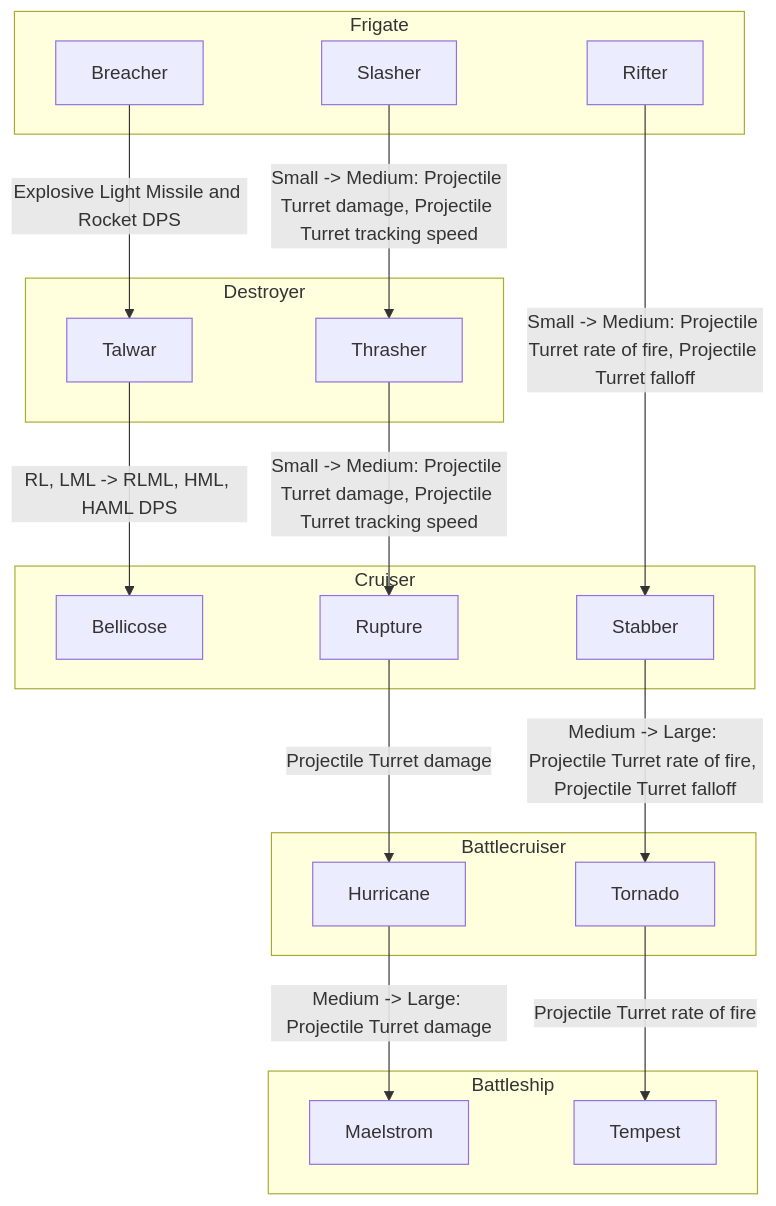
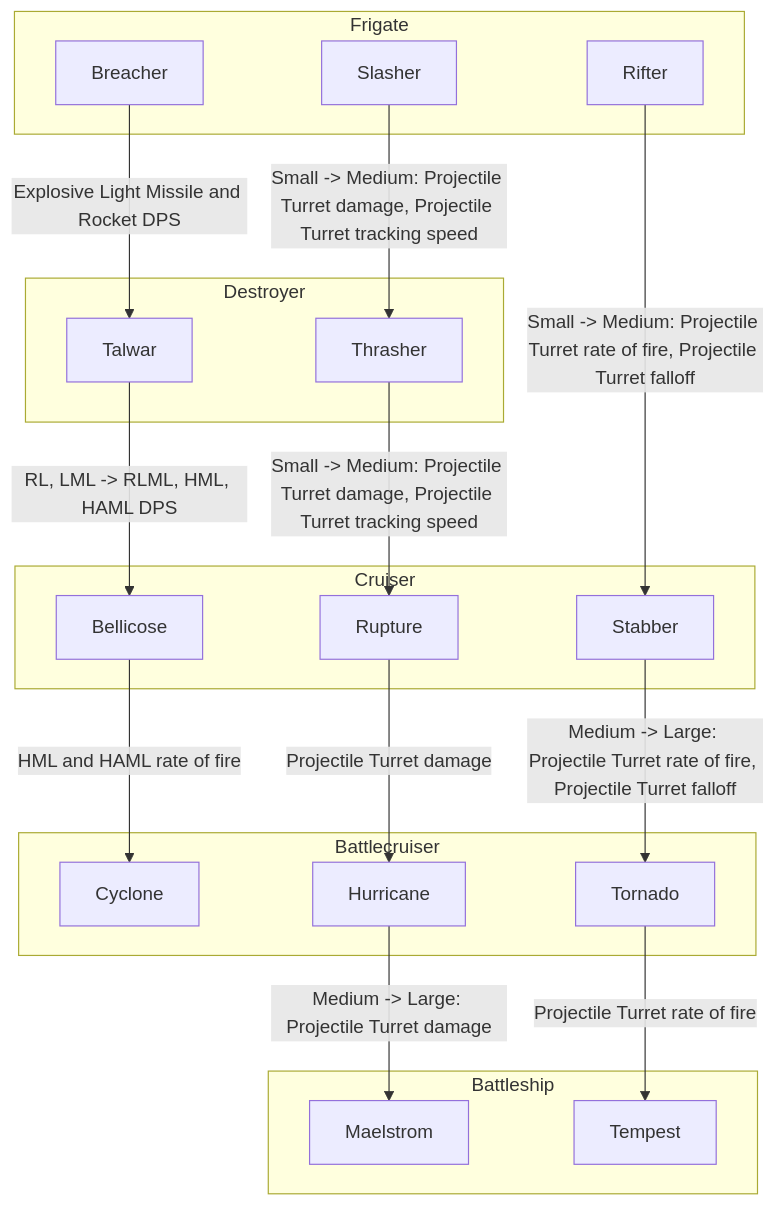
The diagram in README.md (Skybladev2/EveShipsProgression), drawn with Mermaid before and after one commit.

Commit message:
Add Cyclone

````diff
--- a/README.md
+++ b/README.md
@@ -5,38 +5,40 @@
 ```mermaid
 flowchart
 	
 	
 	
 	subgraph s1["Frigate"]
 		n10["Breacher"]
 		n5["Slasher"]
 		n1["Rifter"]
 	end
 	n1
 	subgraph s2["Cruiser"]
 		n12["Bellicose"]
 		n7["Rupture"]
 		n2["Stabber"]
 	end
 	n1 -->|"Small -> Medium: Projectile Turret rate of fire, Projectile Turret falloff"| n2
 	subgraph s3["Battlecruiser"]
+		n13["Cyclone"]
 		n8["Hurricane"]
 		n3["Tornado"]
 	end
 	n2 -->|"Medium -> Large: Projectile Turret rate of fire, Projectile Turret falloff"| n3
 	subgraph s4["Battleship"]
 		n9["Maelstrom"]
 		n4["Tempest"]
 	end
 	n3 -->|"Projectile Turret rate of fire"| n4
 	subgraph s5["Destroyer"]
 		n11["Talwar"]
 		n6["Thrasher"]
 	end
 	n5 -->|"Small -> Medium: Projectile Turret damage, Projectile Turret tracking speed"| n6
 	n6 -->|"Small -> Medium: Projectile Turret damage, Projectile Turret tracking speed"| n7
 	n7 -->|"Projectile Turret damage"| n8
 	n8 -->|"Medium -> Large: Projectile Turret damage"| n9
 	n10 -->|"Explosive Light Missile and Rocket DPS"| n11
 	n11 -->|"RL, LML -> RLML, HML, HAML DPS"| n12
+	n12 -->|"HML and HAML rate of fire"| n13
 ```
````
